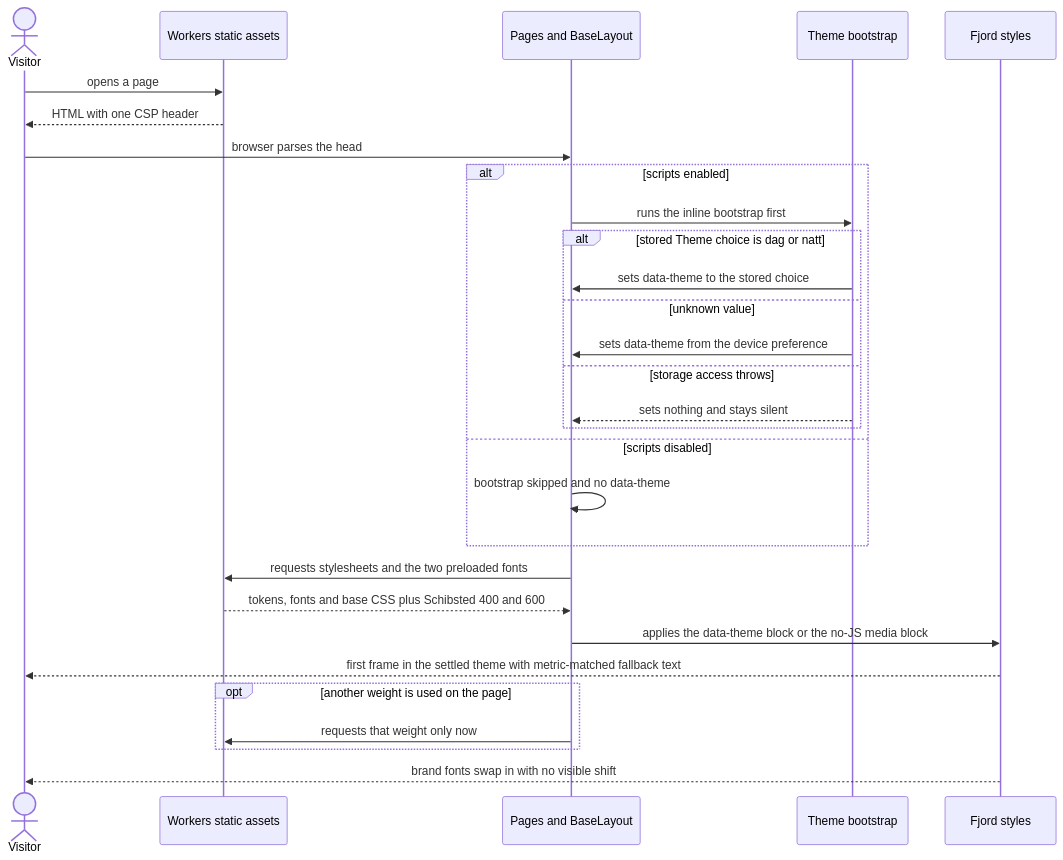
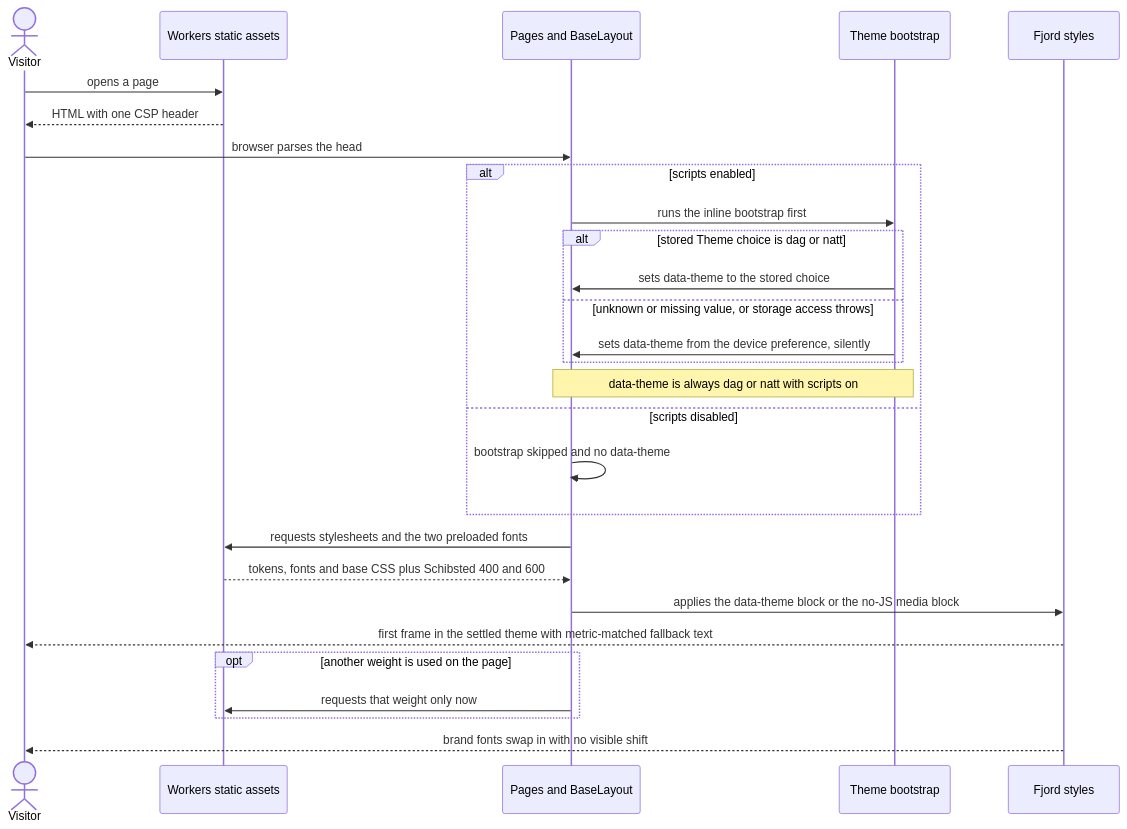
Before and after one commit to Ponomaleks/alpon.dev: the third of 8 diagrams in docs/features/fjord-foundation/sad.md, drawn with Mermaid. The commit also changed other lines of this file and 3 other files, not shown here.

First line of the commit message:
sequences: fjord-foundation runtime flows

````diff
--- a/docs/features/fjord-foundation/sad.md
+++ b/docs/features/fjord-foundation/sad.md
@@ -191,31 +191,30 @@
 ```mermaid
 sequenceDiagram
     actor Visitor
     participant Edge as Workers static assets
     participant Page as Pages and BaseLayout
     participant Boot as Theme bootstrap
     participant Styles as Fjord styles
     Visitor->>Edge: opens a page
     Edge-->>Visitor: HTML with one CSP header
     Visitor->>Page: browser parses the head
     alt scripts enabled
         Page->>Boot: runs the inline bootstrap first
         alt stored Theme choice is dag or natt
             Boot->>Page: sets data-theme to the stored choice
-        else unknown value
-            Boot->>Page: sets data-theme from the device preference
-        else storage access throws
-            Boot-->>Page: sets nothing and stays silent
+        else unknown or missing value, or storage access throws
+            Boot->>Page: sets data-theme from the device preference, silently
         end
+        Note over Boot,Page: data-theme is always dag or natt with scripts on
     else scripts disabled
         Page->>Page: bootstrap skipped and no data-theme
     end
     Page->>Edge: requests stylesheets and the two preloaded fonts
     Edge-->>Page: tokens, fonts and base CSS plus Schibsted 400 and 600
     Page->>Styles: applies the data-theme block or the no-JS media block
     Styles-->>Visitor: first frame in the settled theme with metric-matched fallback text
     opt another weight is used on the page
         Page->>Edge: requests that weight only now
     end
     Styles-->>Visitor: brand fonts swap in with no visible shift
 ```
````
